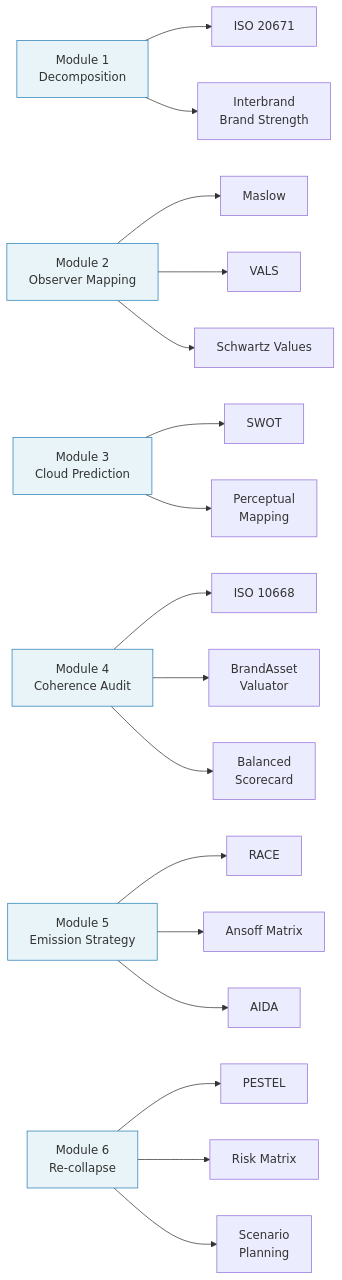
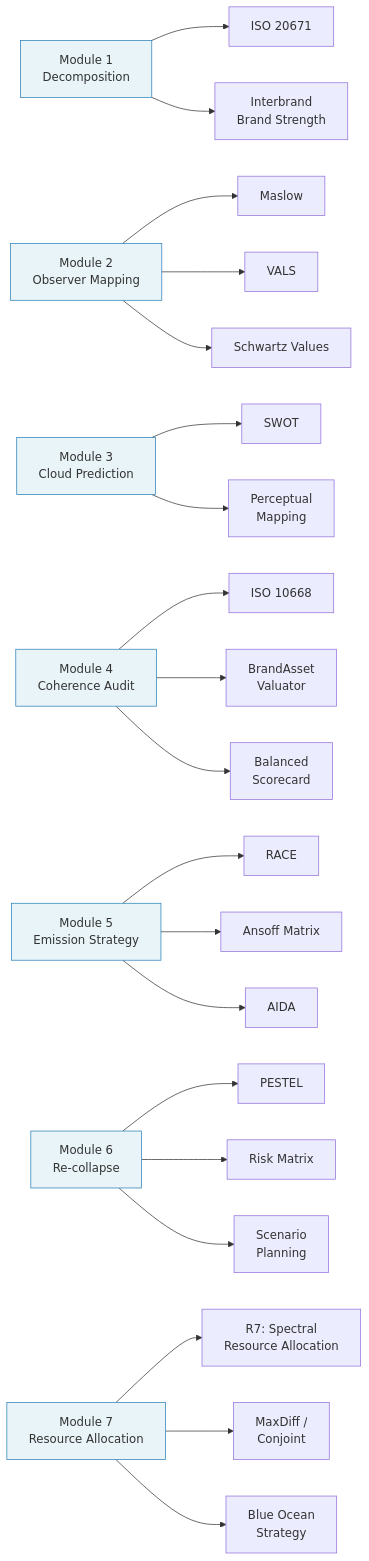
Before and after one commit to spectralbranding/sbt-framework: the diagram in templates/FRAMEWORKS.md, drawn with Mermaid. The commit also changed other lines of this file and 8 other files, not shown here.

First line of the commit message:
feat: add Module 7 — Resource Allocation prompt, template, and validator hardening

````diff
--- a/templates/FRAMEWORKS.md
+++ b/templates/FRAMEWORKS.md
@@ -20,31 +20,36 @@
 ```mermaid
 graph LR
     M1[Module 1<br>Decomposition] --> ISO20671[ISO 20671]
     M1 --> Interbrand[Interbrand<br>Brand Strength]
 
     M2[Module 2<br>Observer Mapping] --> Maslow[Maslow]
     M2 --> VALS[VALS]
     M2 --> Schwartz[Schwartz Values]
 
     M3[Module 3<br>Cloud Prediction] --> SWOT[SWOT]
     M3 --> PerceptualMap[Perceptual<br>Mapping]
 
     M4[Module 4<br>Coherence Audit] --> ISO10668[ISO 10668]
     M4 --> BAV[BrandAsset<br>Valuator]
     M4 --> BSC[Balanced<br>Scorecard]
 
     M5[Module 5<br>Emission Strategy] --> RACE[RACE]
     M5 --> Ansoff[Ansoff Matrix]
     M5 --> AIDA[AIDA]
 
     M6[Module 6<br>Re-collapse] --> PESTEL[PESTEL]
     M6 --> RiskMatrix[Risk Matrix]
     M6 --> ScenarioPlanning[Scenario<br>Planning]
 
+    M7[Module 7<br>Resource Allocation] --> R7[R7: Spectral<br>Resource Allocation]
+    M7 --> MaxDiff[MaxDiff /<br>Conjoint]
+    M7 --> BOS[Blue Ocean<br>Strategy]
+
     style M1 fill:#e8f4f8,stroke:#2980b9
     style M2 fill:#e8f4f8,stroke:#2980b9
     style M3 fill:#e8f4f8,stroke:#2980b9
     style M4 fill:#e8f4f8,stroke:#2980b9
     style M5 fill:#e8f4f8,stroke:#2980b9
     style M6 fill:#e8f4f8,stroke:#2980b9
+    style M7 fill:#e8f4f8,stroke:#2980b9
 ```
````
